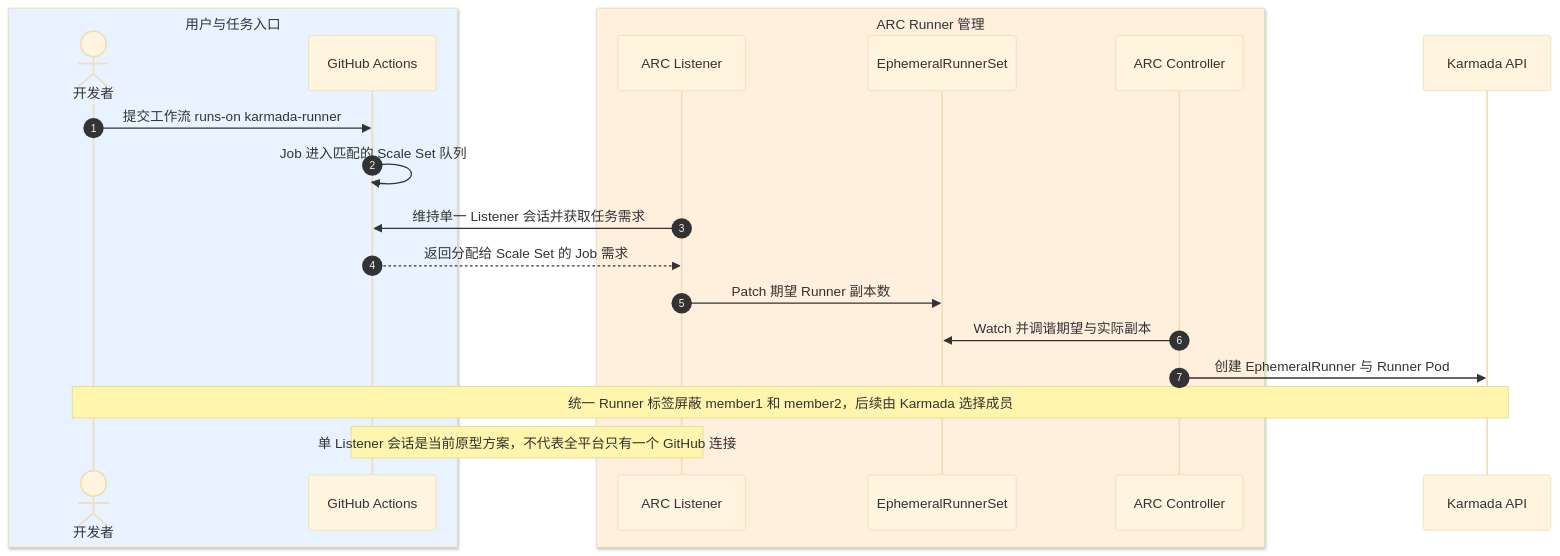
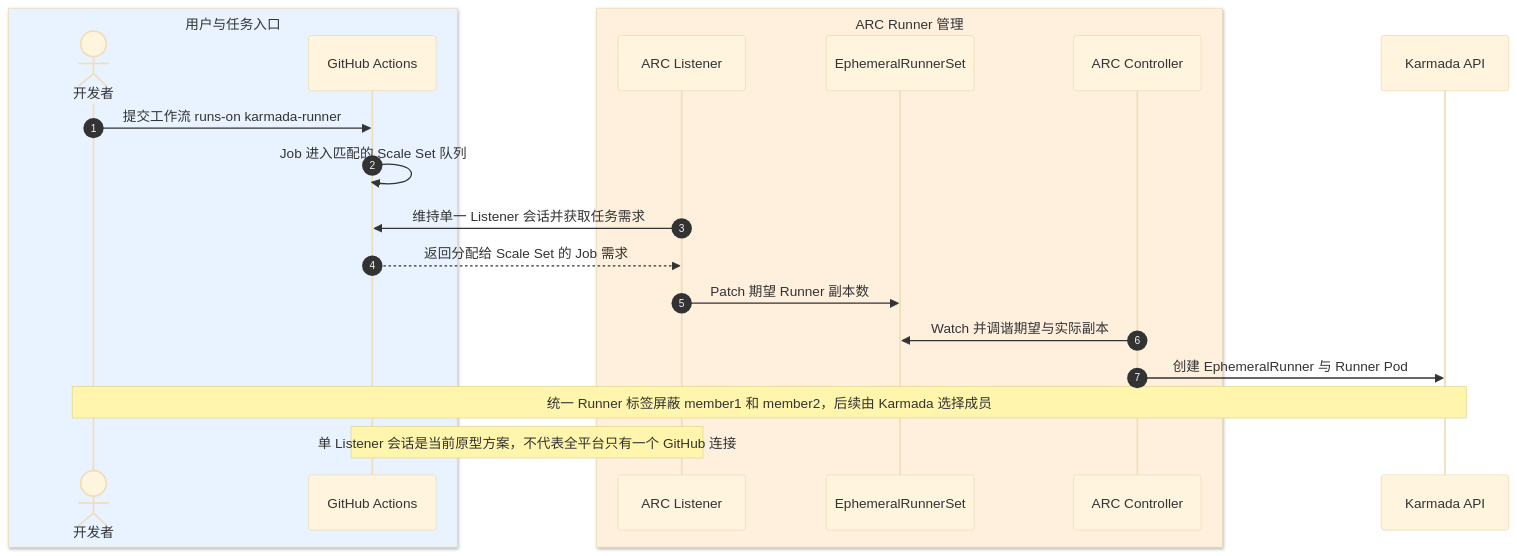
The first of 8 diagrams in docs/KARMADA-ARC-SUBSYSTEM-DESIGN.md (pkking/arc-karmada-test), drawn with Mermaid (base theme) before and after one commit.

Commit message:
docs: normalize Mermaid participant span ordering

````diff
--- a/docs/KARMADA-ARC-SUBSYSTEM-DESIGN.md
+++ b/docs/KARMADA-ARC-SUBSYSTEM-DESIGN.md
@@ -209,24 +209,24 @@
 ```mermaid
 sequenceDiagram
     autonumber
     box rgb(232,243,255) 用户与任务入口
         actor Dev as 开发者
         participant GH as GitHub Actions
     end
     box rgb(255,240,222) ARC Runner 管理
         participant L as ARC Listener
         participant ERS as EphemeralRunnerSet
         participant C as ARC Controller
     end
     participant K as Karmada API
 
     Dev->>GH: 提交工作流 runs-on karmada-runner
     GH->>GH: Job 进入匹配的 Scale Set 队列
     L->>GH: 维持单一 Listener 会话并获取任务需求
     GH-->>L: 返回分配给 Scale Set 的 Job 需求
     L->>ERS: Patch 期望 Runner 副本数
     C->>ERS: Watch 并调谐期望与实际副本
     C->>K: 创建 EphemeralRunner 与 Runner Pod
     Note over Dev,K: 统一 Runner 标签屏蔽 member1 和 member2，后续由 Karmada 选择成员
-    Note over L,GH: 单 Listener 会话是当前原型方案，不代表全平台只有一个 GitHub 连接
+    Note over GH,L: 单 Listener 会话是当前原型方案，不代表全平台只有一个 GitHub 连接
 ```
````
